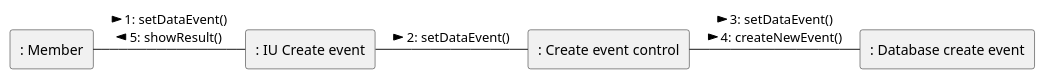
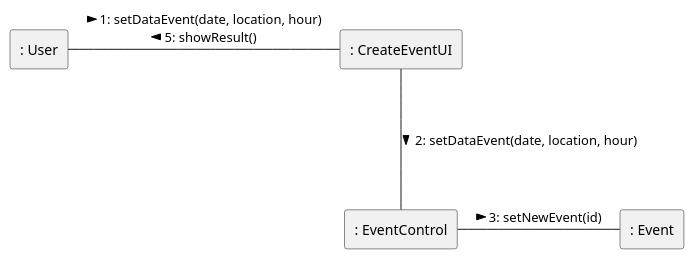
One commit to Candrixx/Proyecto_Ing_Software_Equipo_3 changed the diagram in docs/scenariosView/UC - Colaboration Diagrams/uc3-Create_Event-Colaboration.plantuml. Above: the diagram before and after it, drawn with PlantUML. The commit also changed 18 other files, not shown here.

Commit message:
Diagram Class of Analisys and Package

```diff
--- a/docs/scenariosView/UC - Colaboration Diagrams/uc3-Create_Event-Colaboration.plantuml
+++ b/docs/scenariosView/UC - Colaboration Diagrams/uc3-Create_Event-Colaboration.plantuml
@@ -1,11 +1,11 @@
 @startuml uc3_create_event_c
-rectangle ": Member" as user
-rectangle ": IU Create event" as view
-rectangle ": Create event control" as control
-rectangle ": Database create event" as database
+rectangle ": User" as user 
+rectangle ": CreateEventUI" as view
+rectangle ": EventControl" as control
+rectangle ": Event" as database
 
-user --r- view : > 1: setDataEvent() \n 5: showResult() <
-view --r- control : > 2: setDataEvent()
-control --r- database : > 3: setDataEvent() \n 4: createNewEvent() >
+user --r- view : > 1: setDataEvent(date, location, hour) \n 5: showResult() <
+view --d- control : > 2: setDataEvent(date, location, hour)
+control --r- database : \n 3: setNewEvent(id) >
 
 @enduml
```
